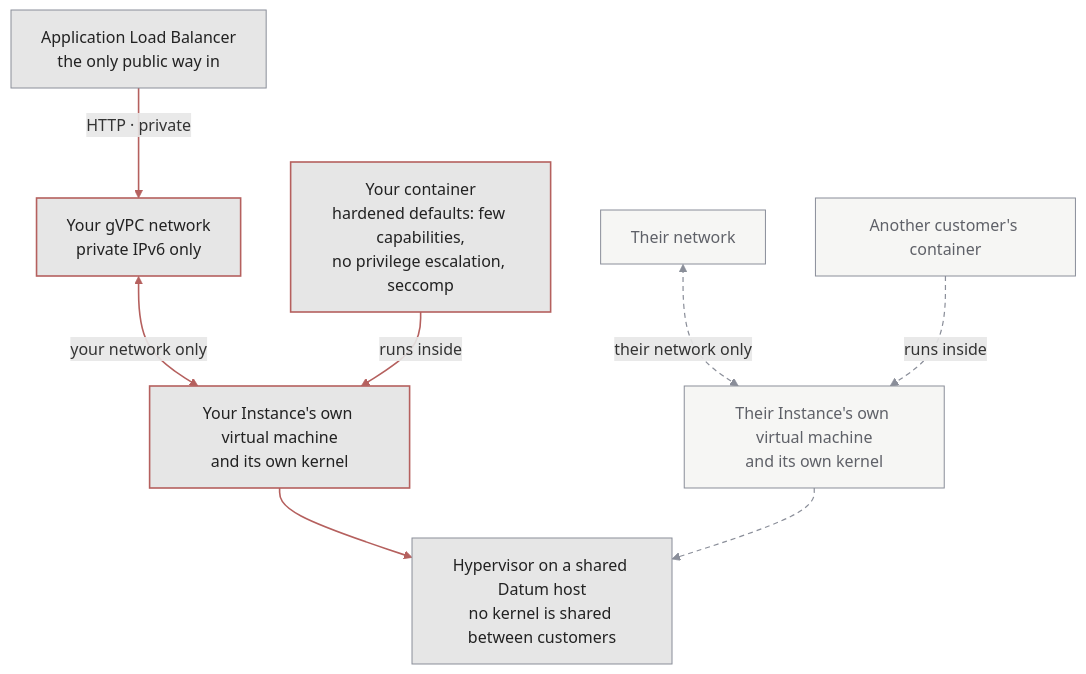
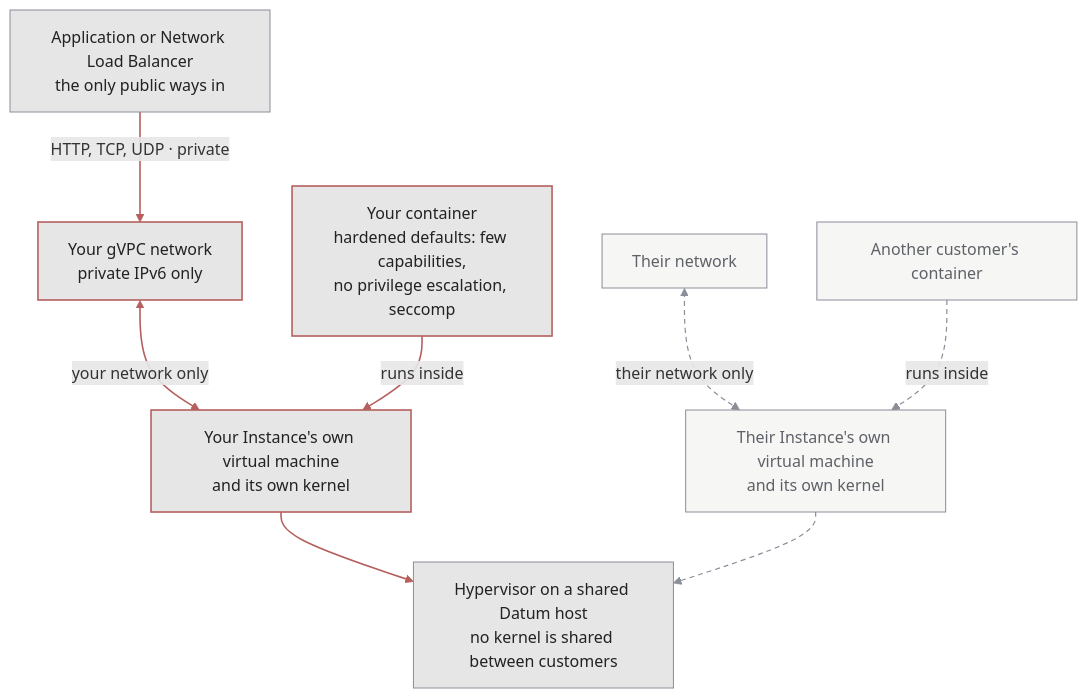
One commit to datum-cloud/docs changed the second of 2 diagrams in platform/isolation.mdx. Above: the diagram before and after it, drawn with Mermaid. The commit also changed other lines of this file and 32 other files, not shown here.

First line of the commit message:
docs: add Network Load Balancer section

````diff
--- a/platform/isolation.mdx
+++ b/platform/isolation.mdx
@@ -62,28 +62,28 @@
 ```mermaid
 flowchart TB
-  LB["Application Load Balancer<br/>the only public way in"]
+  LB["Application or Network Load Balancer<br/>the only public ways in"]
   N1["Your gVPC network<br/>private IPv6 only"]
   N2["Their network"]
   C1["Your container<br/>hardened defaults: few capabilities,<br/>no privilege escalation, seccomp"]
   C2["Another customer's container"]
   V1["Your Instance's own virtual machine<br/>and its own kernel"]
   V2["Their Instance's own virtual machine<br/>and its own kernel"]
   HV["Hypervisor on a shared Datum host<br/>no kernel is shared between customers"]
 
-  LB -->|"HTTP · private"| N1
+  LB -->|"HTTP, TCP, UDP · private"| N1
   N1 <-->|"your network only"| V1
   N2 <-.->|"their network only"| V2
   C1 -->|"runs inside"| V1
   C2 -.->|"runs inside"| V2
   V1 --> HV
   V2 -.-> HV
 
   classDef box fill:#E6E6E6,stroke:#8A8E99,color:#222
   classDef mine fill:#E6E6E6,stroke:#B5605E,stroke-width:1.6px,color:#222
   classDef other fill:#F6F6F4,stroke:#8A8E99,color:#5f6168
   class LB,HV box
   class N1,C1,V1 mine
   class N2,C2,V2 other
   linkStyle 0,1,3,5 stroke:#B5605E,stroke-width:1.6px
   linkStyle 2,4,6 stroke:#8A8E99,stroke-width:1.2px,stroke-dasharray:5 4
 ```
````
